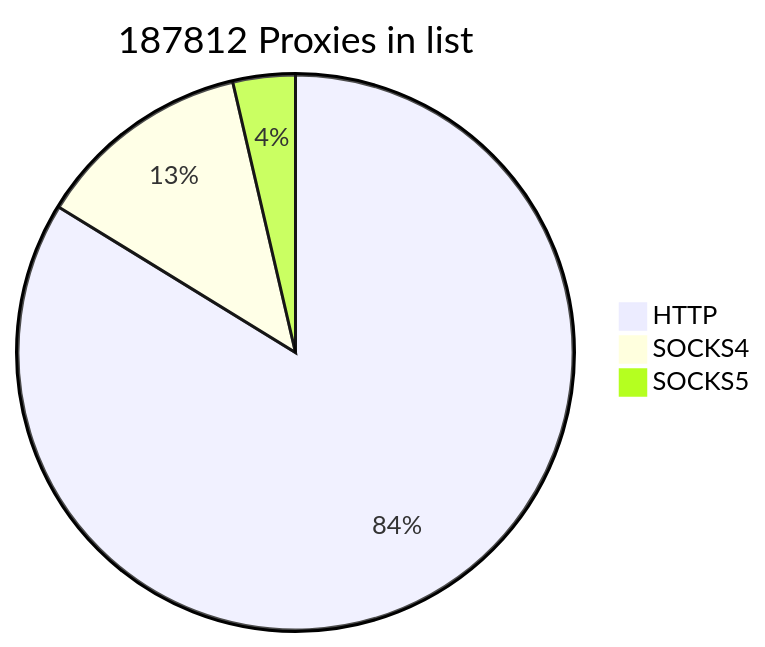
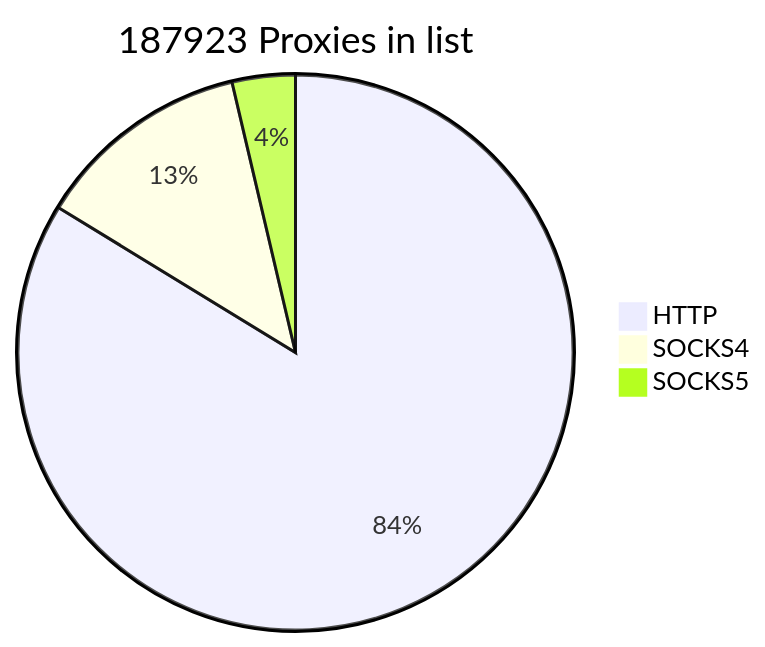
One commit to cutipu/proxylist changed the first of 2 diagrams in README.md. Above: the diagram before and after it, drawn with Mermaid. The commit also changed other lines of this file, not shown here.

````diff
--- a/README.md
+++ b/README.md
@@ -2,7 +2,7 @@
 ```mermaid
-pie title 187812 Proxies in list
-    "HTTP" : 157332
+pie title 187923 Proxies in list
+    "HTTP" : 157361
     "SOCKS4" : 23662
-    "SOCKS5" : 6818
+    "SOCKS5" : 6900
             
 ```
````
